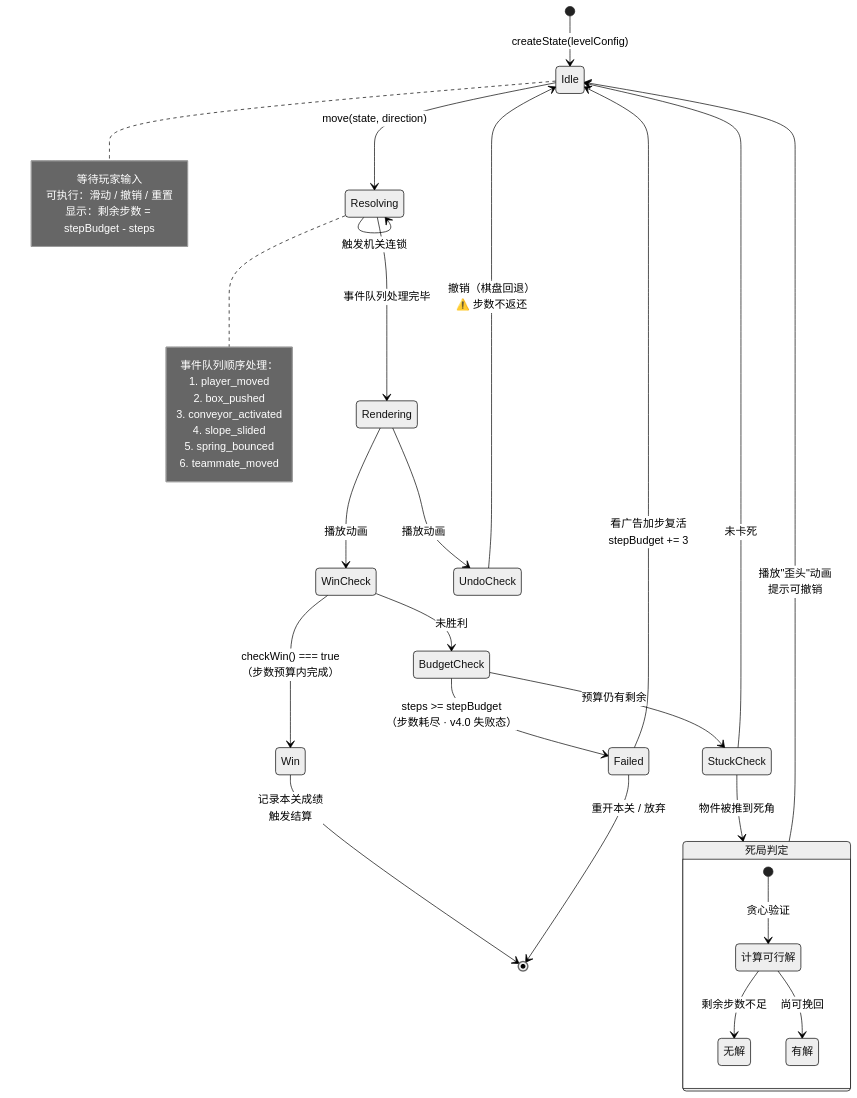
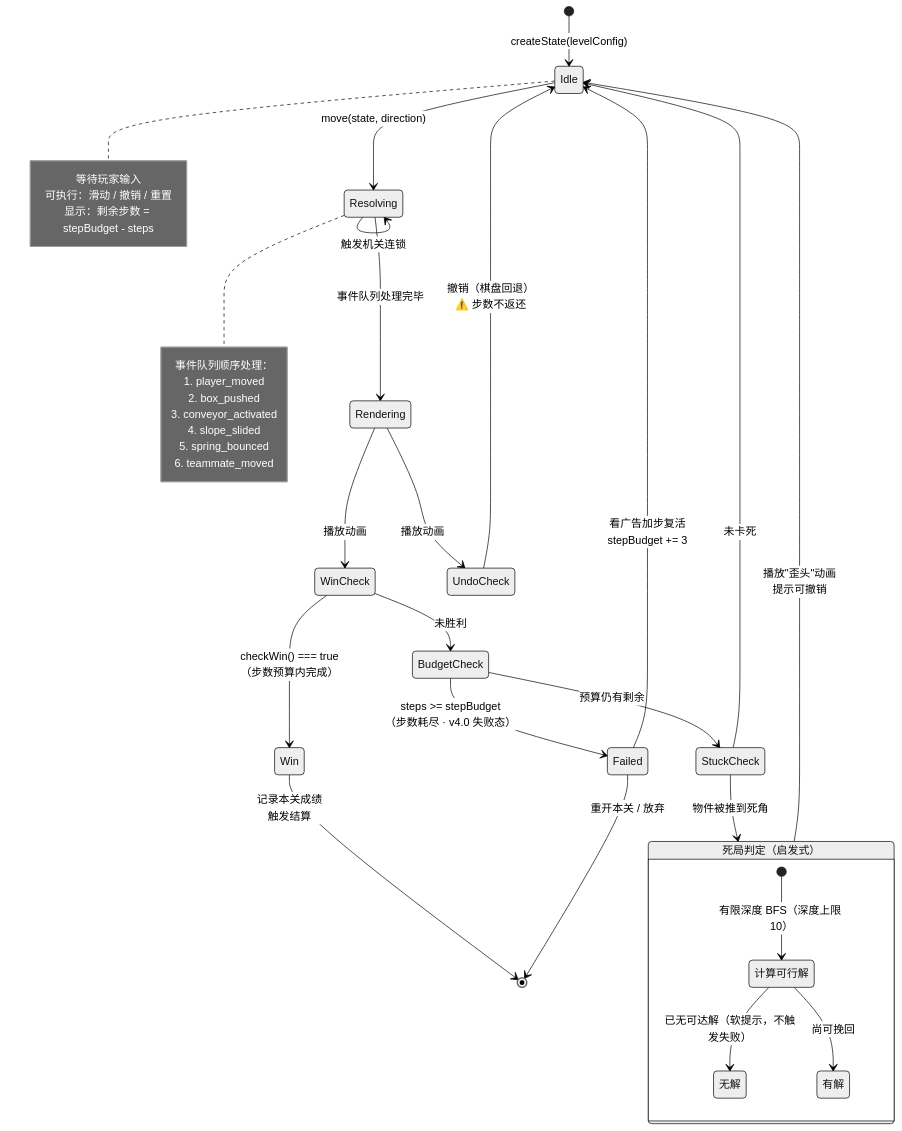
The third of 8 diagrams in docs/02-flowcharts.md (yuanbo-wang/game_box), drawn with Mermaid (neutral theme) before and after one commit. The commit also changed other lines of this file and 9 other files, not shown here.

````diff
--- a/docs/02-flowcharts.md
+++ b/docs/02-flowcharts.md
@@ -136,51 +137,51 @@
 ```mermaid
 stateDiagram-v2
     [*] --> Idle: createState(levelConfig)
 
     Idle --> Resolving: move(state, direction)
     note right of Idle
         等待玩家输入
         可执行：滑动 / 撤销 / 重置
         显示：剩余步数 = stepBudget - steps
     end note
 
     Resolving --> Resolving: 触发机关连锁
     note right of Resolving
         事件队列顺序处理：
         1. player_moved
         2. box_pushed
         3. conveyor_activated
         4. slope_slided
         5. spring_bounced
         6. teammate_moved
     end note
 
     Resolving --> Rendering: 事件队列处理完毕
 
     Rendering --> WinCheck: 播放动画
     Rendering --> UndoCheck: 播放动画
 
     WinCheck --> Win: checkWin() === true<br/>（步数预算内完成）
     WinCheck --> BudgetCheck: 未胜利
 
     BudgetCheck --> Failed: steps >= stepBudget<br/>（步数耗尽 · v4.0 失败态）
     BudgetCheck --> StuckCheck: 预算仍有剩余
 
     StuckCheck --> Deadlock: 物件被推到死角
     StuckCheck --> Idle: 未卡死
 
     Deadlock --> Idle: 播放"歪头"动画<br/>提示可撤销
 
     UndoCheck --> Idle: 撤销（棋盘回退）<br/>⚠️ 步数不返还
 
     Win --> [*]: 记录本关成绩<br/>触发结算
 
     Failed --> Idle: 看广告加步复活<br/>stepBudget += 3
     Failed --> [*]: 重开本关 / 放弃
 
-    state "死局判定" as Deadlock {
-        [*] --> 计算可行解: 贪心验证
-        计算可行解 --> 无解: 剩余步数不足
+    state "死局判定（启发式）" as Deadlock {
+        [*] --> 计算可行解: 有限深度 BFS（深度上限 10）
+        计算可行解 --> 无解: 已无可达解（软提示，不触发失败）
         计算可行解 --> 有解: 尚可挽回
     }
 ```
````
